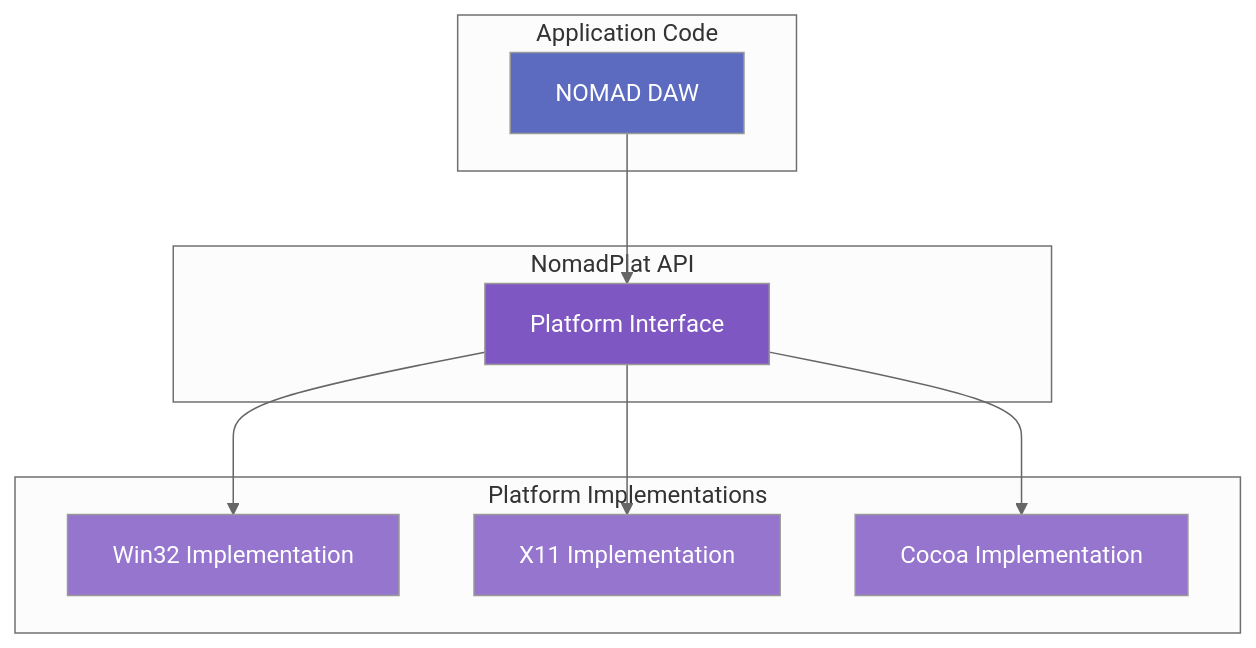
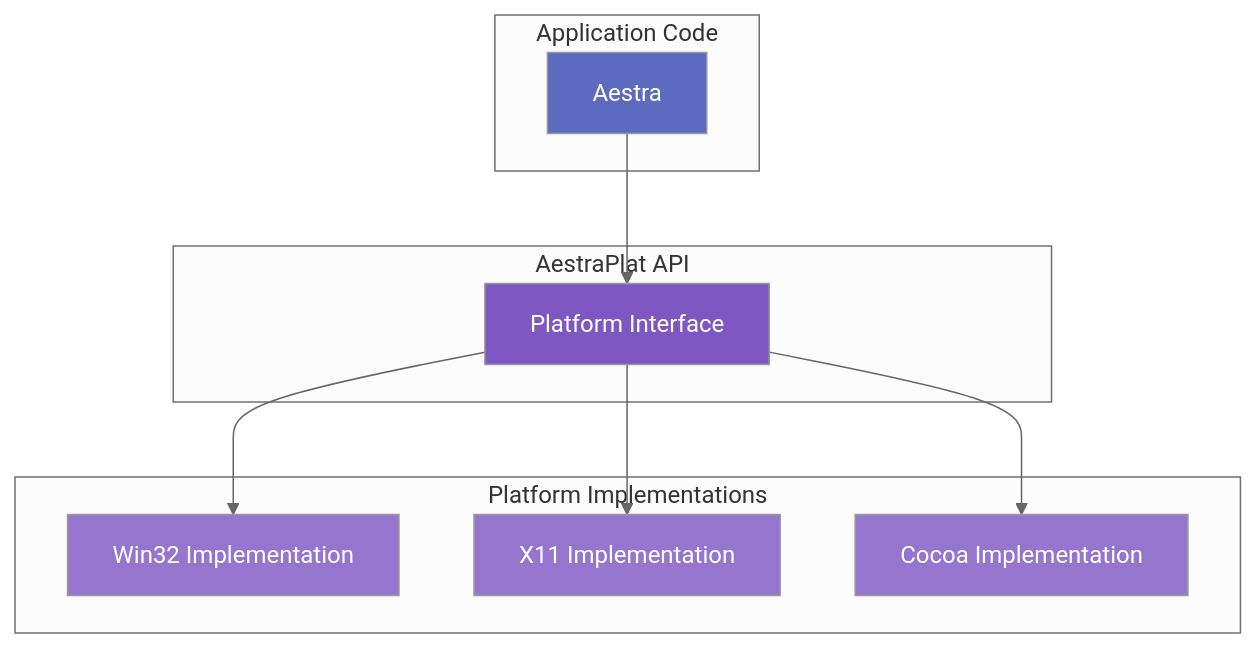
Before and after one commit to currentsuspect/Aestra: the diagram in docs/architecture/nomad-plat.md, drawn with Mermaid (neutral theme). The commit also changed other lines of this file and 1011 other files, not shown here.

Commit message:
Rename Nomad DAW to Aestra DAW

````diff
--- a/docs/architecture/nomad-plat.md
+++ b/docs/architecture/nomad-plat.md
@@ -151,27 +151,27 @@
 ```mermaid
 graph TB
     subgraph "Application Code"
-        App[NOMAD DAW]
+        App[Aestra]
     end
     
-    subgraph "NomadPlat API"
+    subgraph "AestraPlat API"
         API[Platform Interface]
     end
     
     subgraph "Platform Implementations"
         Win32[Win32 Implementation]
         X11[X11 Implementation]
         Cocoa[Cocoa Implementation]
     end
     
     App --> API
     API --> Win32
     API --> X11
     API --> Cocoa
     
     style App fill:#5c6bc0,color:#fff
     style API fill:#7e57c2,color:#fff
     style Win32 fill:#9575cd,color:#fff
     style X11 fill:#9575cd,color:#fff
     style Cocoa fill:#9575cd,color:#fff
 ```
````
